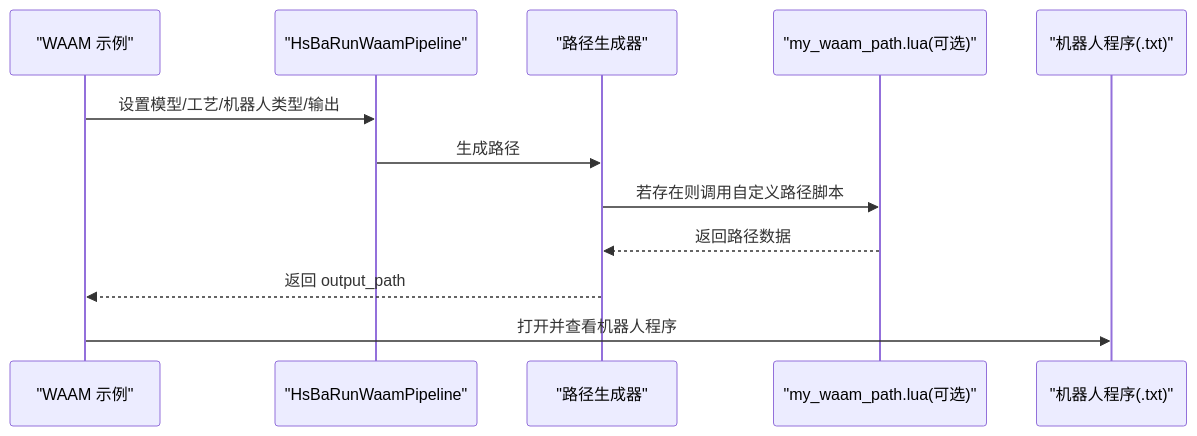
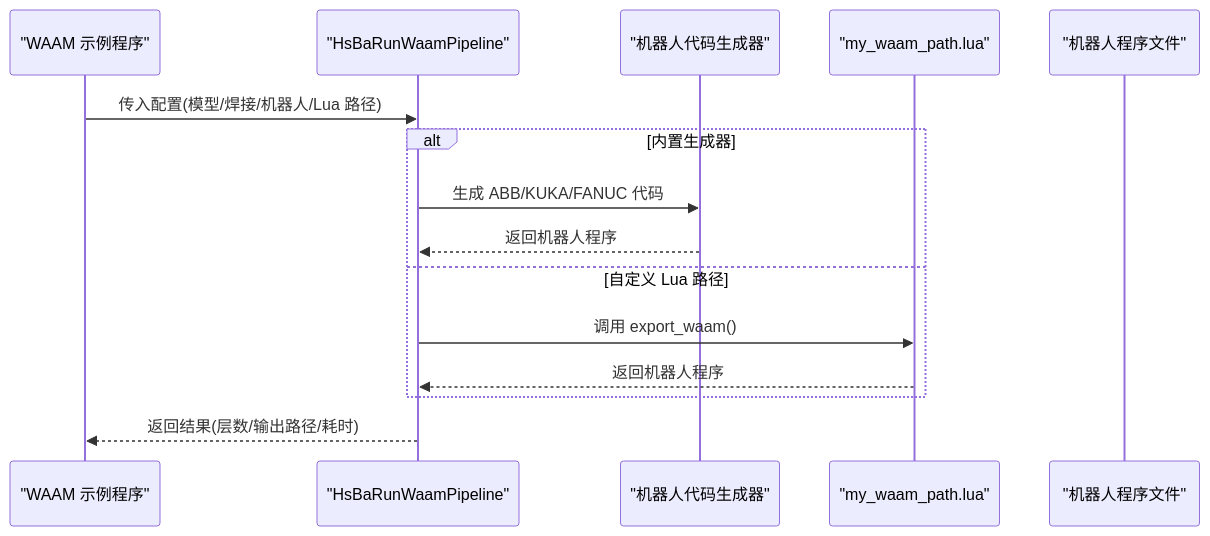
The eighth of 16 diagrams in .qoder/repowiki/zh/content/示例与教程/示例与教程.md (hsmbanlance/HsBaSlicer), drawn with Mermaid before and after one commit. The commit also changed other lines of this file and 1095 other files, not shown here.

````diff
--- a/.qoder/repowiki/zh/content/示例与教程/示例与教程.md
+++ b/.qoder/repowiki/zh/content/示例与教程/示例与教程.md
@@ -248,14 +340,17 @@
 ```mermaid
 sequenceDiagram
-participant App as "WAAM 示例"
+participant App as "WAAM 示例程序"
 participant API as "HsBaRunWaamPipeline"
-participant Gen as "路径生成器"
-participant Lua as "my_waam_path.lua(可选)"
-participant Out as "机器人程序(.txt)"
-App->>API : 设置模型/工艺/机器人类型/输出
-API->>Gen : 生成路径
-Gen->>Lua : 若存在则调用自定义路径脚本
-Lua-->>Gen : 返回路径数据
-Gen-->>App : 返回 output_path
-App->>Out : 打开并查看机器人程序
+participant Gen as "机器人代码生成器"
+participant Lua as "my_waam_path.lua"
+participant Out as "机器人程序文件"
+App->>API : 传入配置(模型/焊接/机器人/Lua 路径)
+alt 内置生成器
+API->>Gen : 生成 ABB/KUKA/FANUC 代码
+Gen-->>API : 返回机器人程序
+else 自定义 Lua 路径
+API->>Lua : 调用 export_waam()
+Lua-->>API : 返回机器人程序
+end
+API-->>App : 返回结果(层数/输出路径/耗时)
 ```
````
